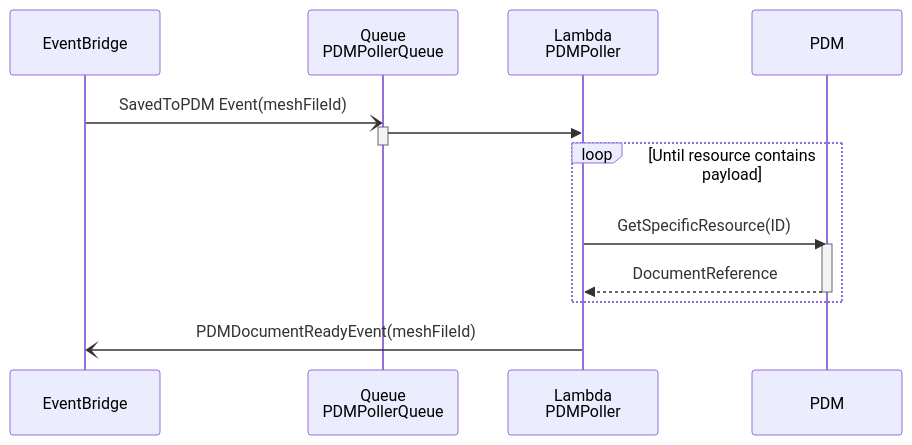
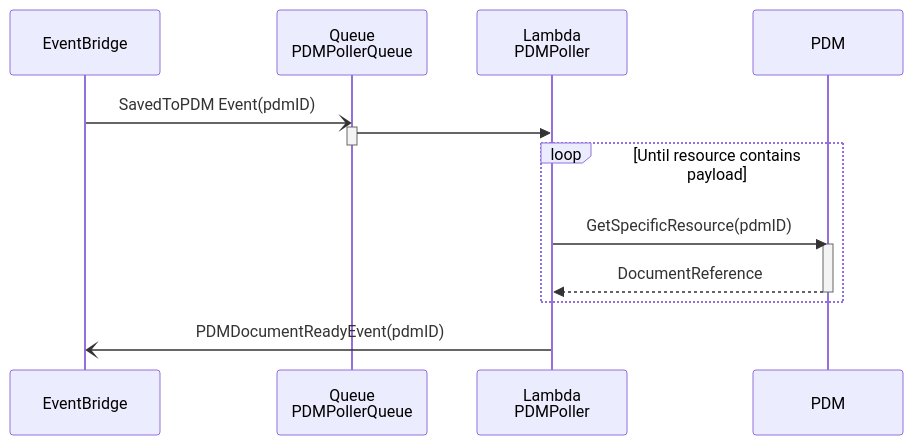
Before and after one commit to RossBugginsNHS/nhs-notify-digital-letters: the diagram in docs/diagrams/pdm-poll.md, drawn with Mermaid. The commit also changed 4 other files, not shown here.

First line of the commit message:
CCM-12272 Diagram updates (#62)

````diff
--- a/docs/diagrams/pdm-poll.md
+++ b/docs/diagrams/pdm-poll.md
@@ -14,20 +14,20 @@
 ```mermaid
 
 sequenceDiagram
   participant eventBus as EventBridge
   participant pdmPollerQueue as Queue<br/>PDMPollerQueue
   participant pdmPoller as Lambda<br/>PDMPoller
   participant pdm as PDM
 
-  eventBus -) pdmPollerQueue: SavedToPDM Event(meshFileId)
+  eventBus -) pdmPollerQueue: SavedToPDM Event(pdmID)
   activate pdmPollerQueue
   pdmPollerQueue ->> pdmPoller:
   deactivate pdmPollerQueue
   loop Until resource contains payload
-    pdmPoller ->> pdm: GetSpecificResource(ID)
+    pdmPoller ->> pdm: GetSpecificResource(pdmID)
     activate pdm
     pdm -->> pdmPoller: DocumentReference
     deactivate pdm
   end
-  pdmPoller -) eventBus: PDMDocumentReadyEvent(meshFileId)
+  pdmPoller -) eventBus: PDMDocumentReadyEvent(pdmID)
 ```
````
